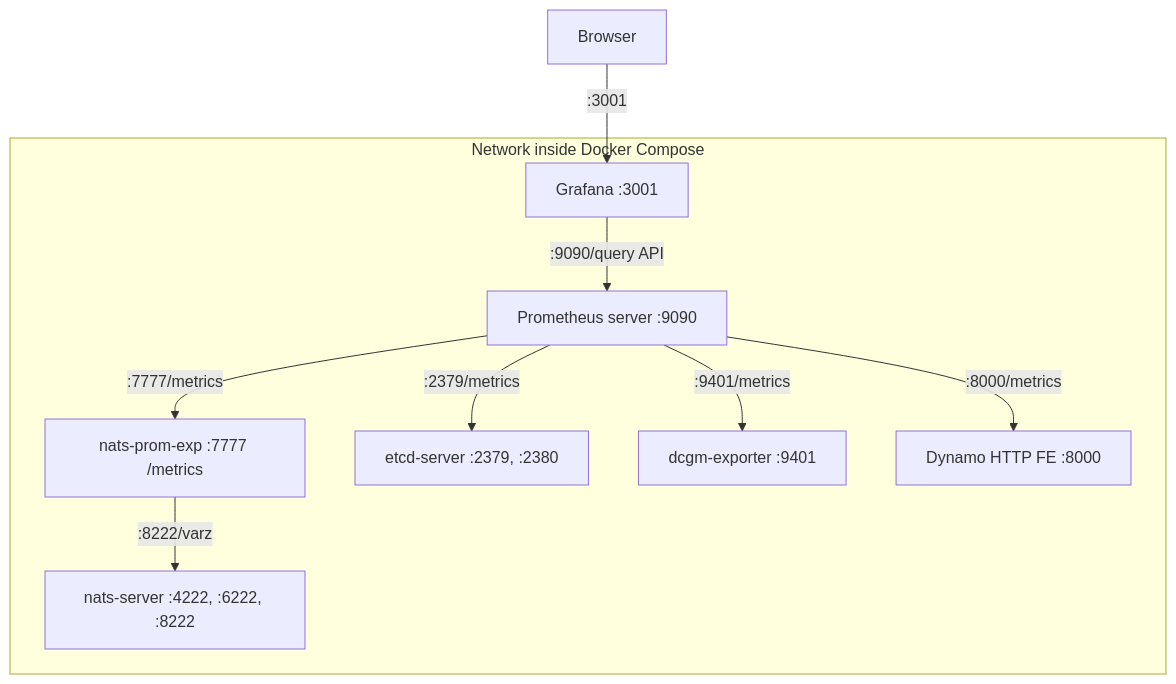
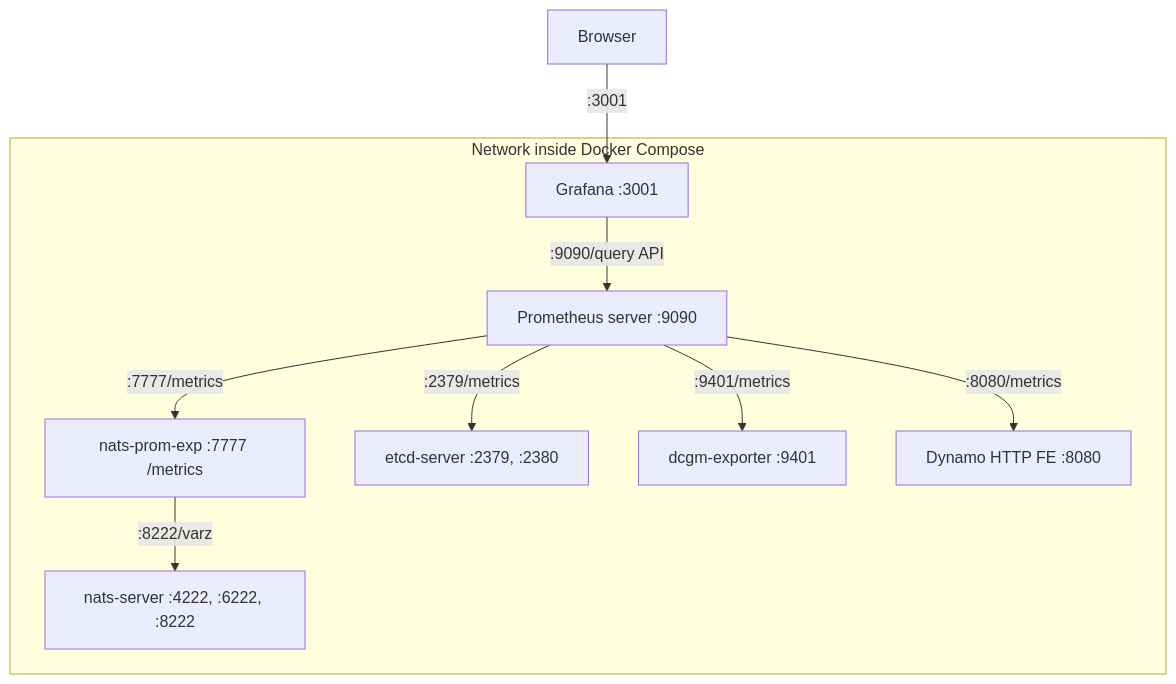
One commit to ai-dynamo/dynamo changed the diagram in deploy/metrics/README.md. Above: the diagram before and after it, drawn with Mermaid. The commit also changed other lines of this file and 17 other files, not shown here.

````diff
--- a/deploy/metrics/README.md
+++ b/deploy/metrics/README.md
@@ -13,12 +13,12 @@
 ```mermaid
 graph TD
     BROWSER[Browser] -->|:3001| GRAFANA[Grafana :3001]
     subgraph DockerComposeNetwork [Network inside Docker Compose]
         NATS_PROM_EXP[nats-prom-exp :7777 /metrics] -->|:8222/varz| NATS_SERVER[nats-server :4222, :6222, :8222]
         PROMETHEUS[Prometheus server :9090] -->|:2379/metrics| ETCD_SERVER[etcd-server :2379, :2380]
         PROMETHEUS -->|:9401/metrics| DCGM_EXPORTER[dcgm-exporter :9401]
         PROMETHEUS -->|:7777/metrics| NATS_PROM_EXP
-        PROMETHEUS -->|:8000/metrics| DYNAMOFE[Dynamo HTTP FE :8000]
+        PROMETHEUS -->|:8080/metrics| DYNAMOFE[Dynamo HTTP FE :8080]
         GRAFANA -->|:9090/query API| PROMETHEUS
     end
 ```
````
